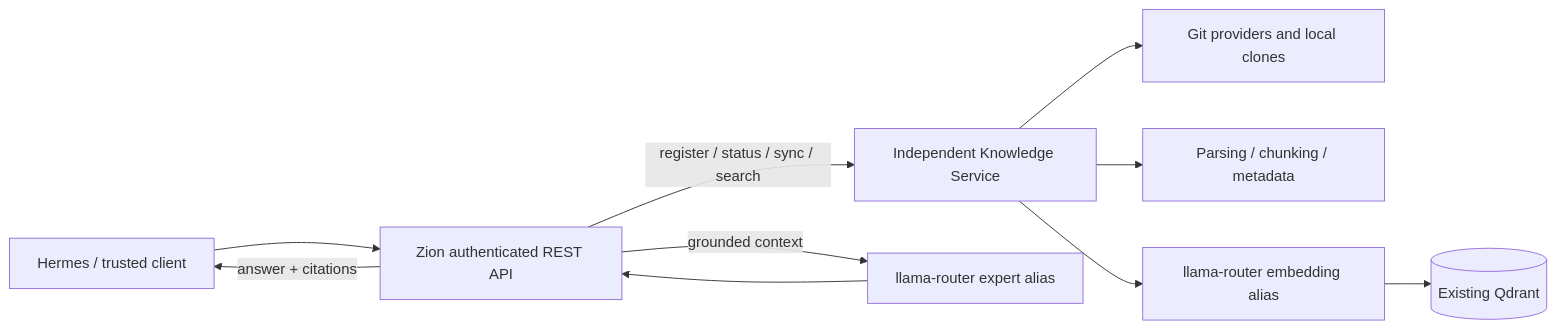
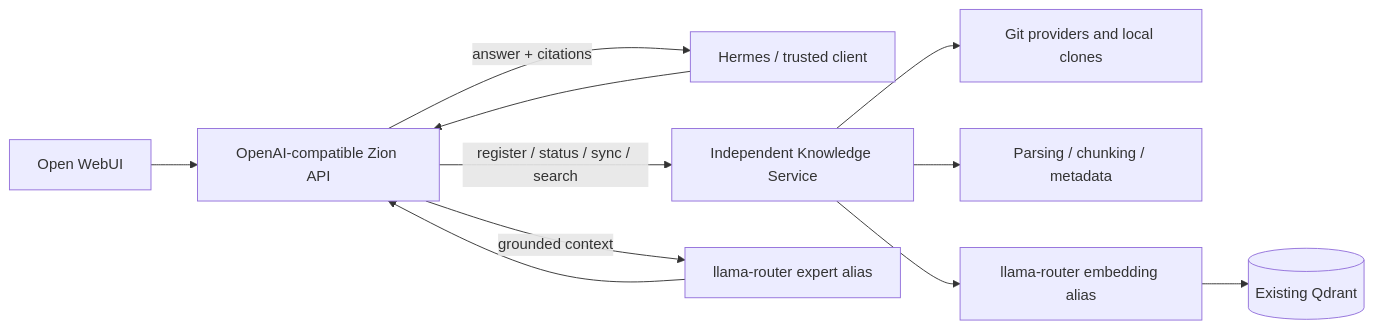
One commit to VinayLakshman/AI-Orchestrator changed the second of 2 diagrams in docs/ZION_RAG_REFACTOR_PLAN.md. Above: the diagram before and after it, drawn with Mermaid. The commit also changed other lines of this file and 4 other files, not shown here.

````diff
--- a/docs/ZION_RAG_REFACTOR_PLAN.md
+++ b/docs/ZION_RAG_REFACTOR_PLAN.md
@@ -74,12 +74,13 @@
 ```mermaid
 flowchart LR
-    Hermes[Hermes / trusted client] --> Zion[Zion authenticated REST API]
+    OpenWebUI[Open WebUI] --> Zion[OpenAI-compatible Zion API]
+    Hermes[Hermes / trusted client] --> Zion
     Zion -->|register / status / sync / search| KS[Independent Knowledge Service]
     KS --> Git[Git providers and local clones]
     KS --> Parse[Parsing / chunking / metadata]
     KS --> Embed[llama-router embedding alias]
     Embed --> Qdrant[(Existing Qdrant)]
     Zion -->|grounded context| Expert[llama-router expert alias]
     Expert --> Zion
     Zion -->|answer + citations| Hermes
 ```
````
